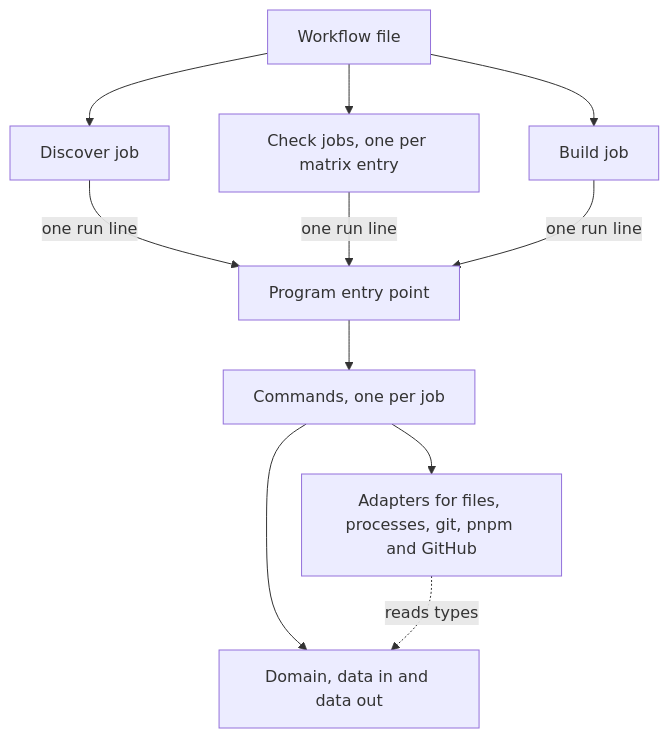
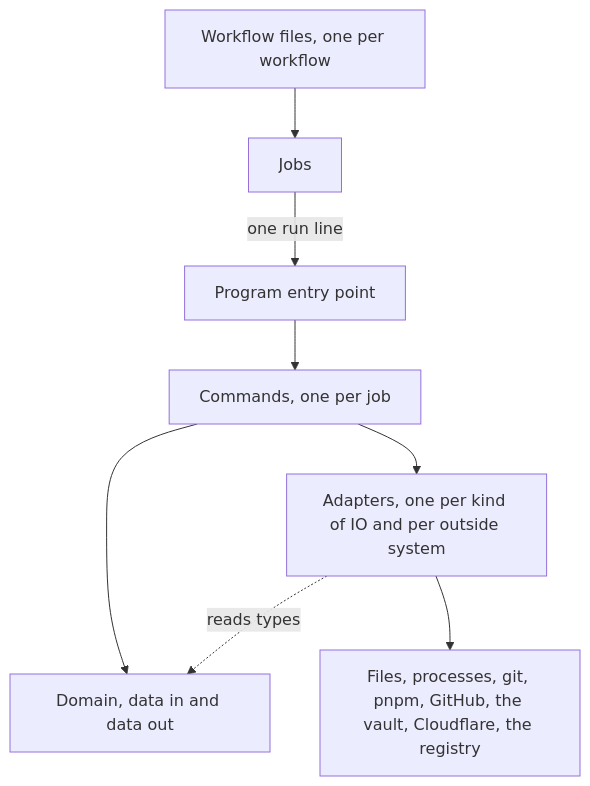
Before and after one commit to NextNodeSolutions/infrastructure: the first of 5 diagrams in docs/architecture.md, drawn with Mermaid. The commit also changed other lines of this file and 99 other files, not shown here.

````diff
--- a/docs/architecture.md
+++ b/docs/architecture.md
@@ -7,11 +7,10 @@
 ```mermaid
 flowchart TD
-    W[Workflow file] --> D[Discover job]
-    W --> C[Check jobs, one per matrix entry]
-    W --> B[Build job]
-    D & C & B -->|one run line| E[Program entry point]
+    W[Workflow files, one per workflow] --> J[Jobs]
+    J -->|one run line| E[Program entry point]
     E --> M[Commands, one per job]
-    M --> A[Adapters for files, processes, git, pnpm and GitHub]
+    M --> A[Adapters, one per kind of IO and per outside system]
     M --> O[Domain, data in and data out]
     A -.reads types.-> O
+    A --> X[Files, processes, git, pnpm, GitHub, the vault, Cloudflare, the registry]
 ```
````
